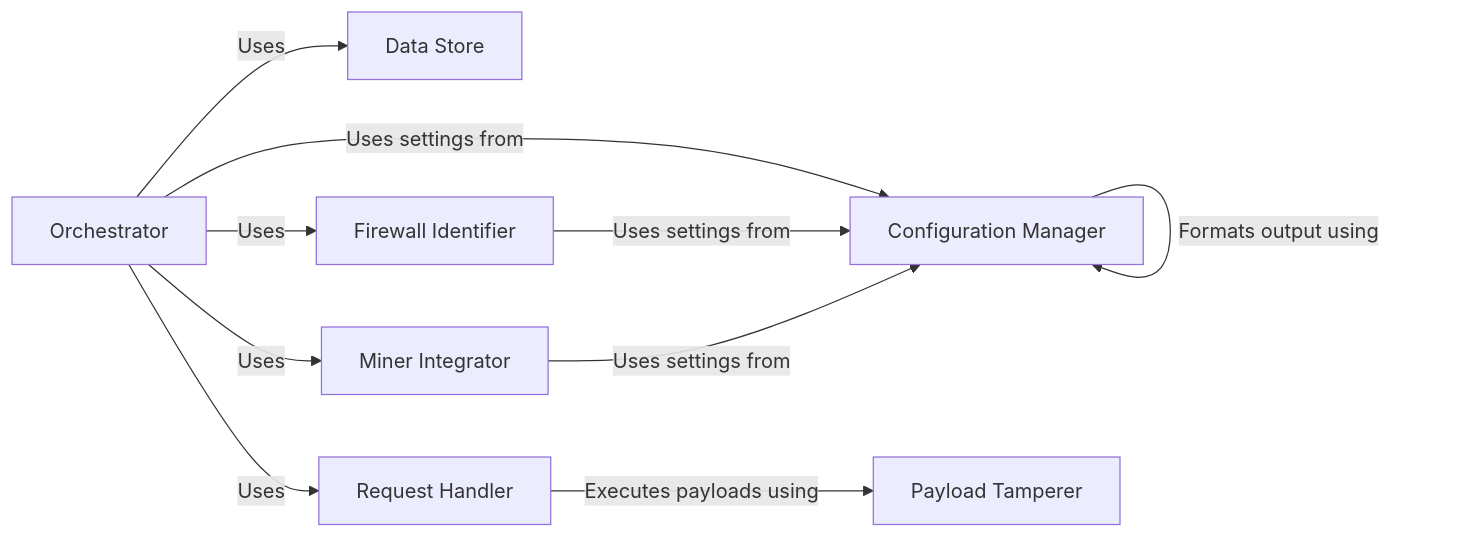
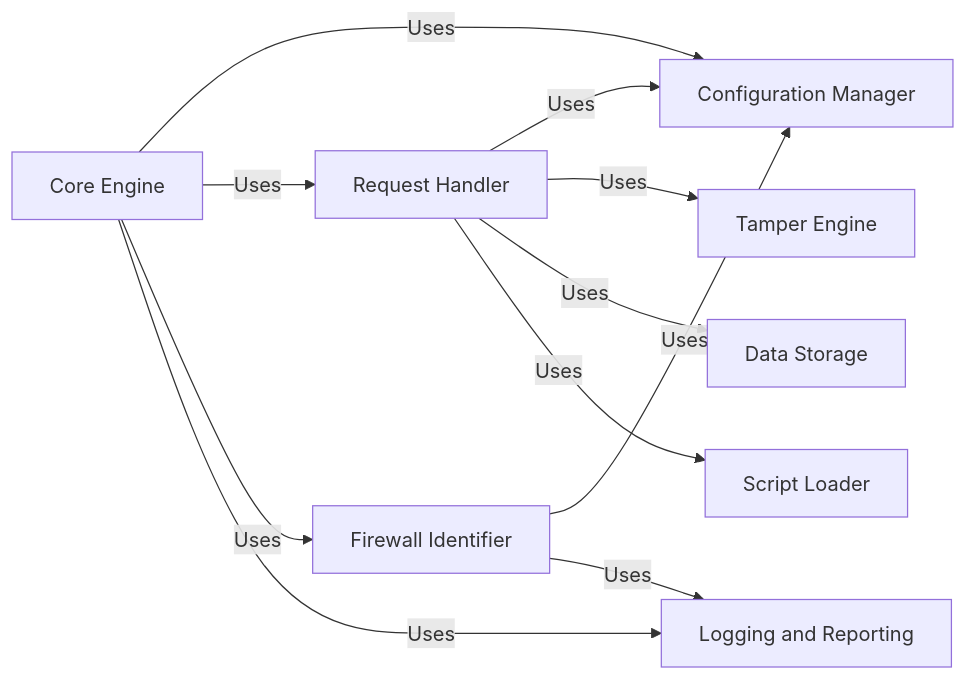
One commit to CodeBoarding/GeneratedOnBoardings changed the diagram in WhatWaf/on_boarding.md. Above: the diagram before and after it, drawn with Mermaid. The commit also changed other lines of this file and 12 other files, not shown here.

Commit message:
Uploading onboarding materials for WhatWaf

````diff
--- a/WhatWaf/on_boarding.md
+++ b/WhatWaf/on_boarding.md
@@ -1,26 +1,29 @@
 ```mermaid
 graph LR
+    Core_Engine["Core Engine"]
     Configuration_Manager["Configuration Manager"]
-    Data_Store["Data Store"]
+    Request_Handler["Request Handler"]
+    Tamper_Engine["Tamper Engine"]
     Firewall_Identifier["Firewall Identifier"]
-    Request_Handler["Request Handler"]
-    Payload_Tamperer["Payload Tamperer"]
-    Miner_Integrator["Miner Integrator"]
-    Orchestrator["Orchestrator"]
-    Orchestrator -- "Uses settings from" --> Configuration_Manager
-    Orchestrator -- "Uses" --> Data_Store
-    Orchestrator -- "Uses" --> Firewall_Identifier
-    Orchestrator -- "Uses" --> Request_Handler
-    Orchestrator -- "Uses" --> Miner_Integrator
-    Configuration_Manager -- "Formats output using" --> Configuration_Manager
-    Request_Handler -- "Executes payloads using" --> Payload_Tamperer
-    Firewall_Identifier -- "Uses settings from" --> Configuration_Manager
-    Miner_Integrator -- "Uses settings from" --> Configuration_Manager
+    Data_Storage["Data Storage"]
+    Logging_and_Reporting["Logging and Reporting"]
+    Script_Loader["Script Loader"]
+    Core_Engine -- "Uses" --> Configuration_Manager
+    Core_Engine -- "Uses" --> Request_Handler
+    Core_Engine -- "Uses" --> Firewall_Identifier
+    Core_Engine -- "Uses" --> Logging_and_Reporting
+    Firewall_Identifier -- "Uses" --> Configuration_Manager
+    Firewall_Identifier -- "Uses" --> Logging_and_Reporting
+    Request_Handler -- "Uses" --> Configuration_Manager
+    Request_Handler -- "Uses" --> Tamper_Engine
+    Request_Handler -- "Uses" --> Data_Storage
+    Request_Handler -- "Uses" --> Script_Loader
+    click Core_Engine href "https://github.com/CodeBoarding/GeneratedOnBoardings/blob/main/WhatWaf/Core Engine.md" "Details"
     click Configuration_Manager href "https://github.com/CodeBoarding/GeneratedOnBoardings/blob/main/WhatWaf/Configuration Manager.md" "Details"
-    click Data_Store href "https://github.com/CodeBoarding/GeneratedOnBoardings/blob/main/WhatWaf/Data Store.md" "Details"
+    click Request_Handler href "https://github.com/CodeBoarding/GeneratedOnBoardings/blob/main/WhatWaf/Request Handler.md" "Details"
+    click Tamper_Engine href "https://github.com/CodeBoarding/GeneratedOnBoardings/blob/main/WhatWaf/Tamper Engine.md" "Details"
     click Firewall_Identifier href "https://github.com/CodeBoarding/GeneratedOnBoardings/blob/main/WhatWaf/Firewall Identifier.md" "Details"
-    click Request_Handler href "https://github.com/CodeBoarding/GeneratedOnBoardings/blob/main/WhatWaf/Request Handler.md" "Details"
-    click Payload_Tamperer href "https://github.com/CodeBoarding/GeneratedOnBoardings/blob/main/WhatWaf/Payload Tamperer.md" "Details"
-    click Miner_Integrator href "https://github.com/CodeBoarding/GeneratedOnBoardings/blob/main/WhatWaf/Miner Integrator.md" "Details"
-    click Orchestrator href "https://github.com/CodeBoarding/GeneratedOnBoardings/blob/main/WhatWaf/Orchestrator.md" "Details"
+    click Data_Storage href "https://github.com/CodeBoarding/GeneratedOnBoardings/blob/main/WhatWaf/Data Storage.md" "Details"
+    click Logging_and_Reporting href "https://github.com/CodeBoarding/GeneratedOnBoardings/blob/main/WhatWaf/Logging and Reporting.md" "Details"
+    click Script_Loader href "https://github.com/CodeBoarding/GeneratedOnBoardings/blob/main/WhatWaf/Script Loader.md" "Details"
 ```
````
